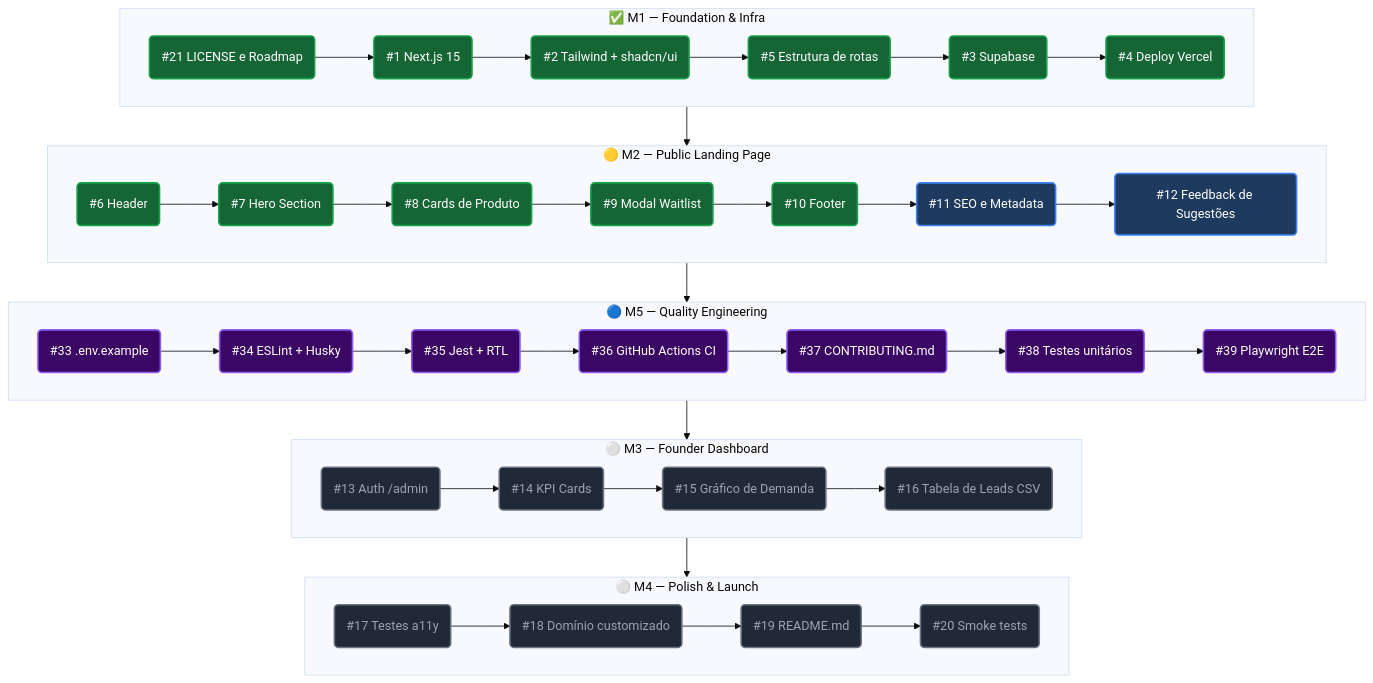
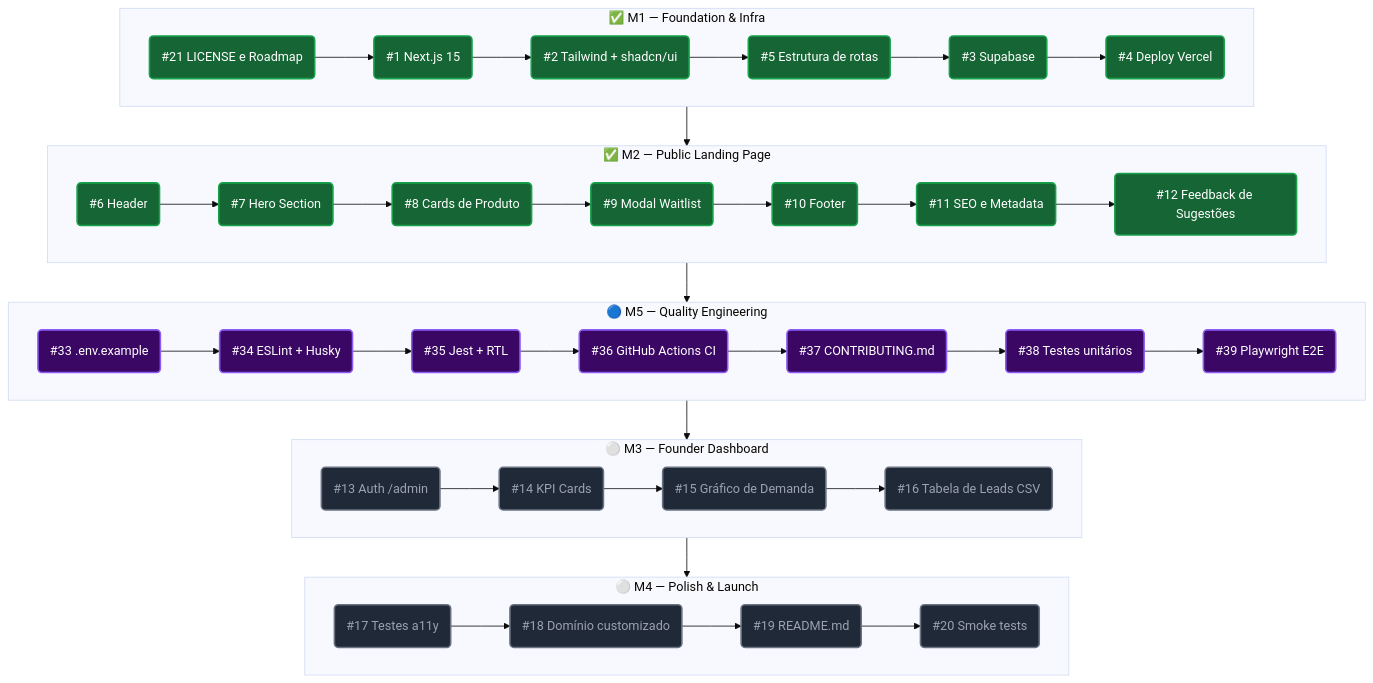
The diagram in ROADMAP.md (CabPiz/kairos-labs), drawn with Mermaid (base theme) before and after one commit. The commit also changed other lines of this file, not shown here.

First line of the commit message:
docs(roadmap): marca M2 como concluído após merge da #12

````diff
--- a/ROADMAP.md
+++ b/ROADMAP.md
@@ -28,35 +28,35 @@
 ```mermaid
 %%{init: {'flowchart': {'curve': 'linear'}}}%%
 flowchart TD
     classDef done fill:#166534,stroke:#16a34a,stroke-width:2px,color:#fff;
     classDef active fill:#1e3a5f,stroke:#3b82f6,stroke-width:2px,color:#fff;
     classDef quality fill:#3b0764,stroke:#8b5cf6,stroke-width:2px,color:#fff;
     classDef planned fill:#1f2937,stroke:#6b7280,stroke-width:2px,color:#9ca3af;
 
     subgraph M1["✅ M1 — Foundation & Infra"]
         direction LR
         i21("#21 LICENSE e Roadmap"):::done --> i1("#1 Next.js 15"):::done --> i2("#2 Tailwind + shadcn/ui"):::done --> i5("#5 Estrutura de rotas"):::done --> i3("#3 Supabase"):::done --> i4("#4 Deploy Vercel"):::done
     end
 
-    subgraph M2["🟡 M2 — Public Landing Page"]
+    subgraph M2["✅ M2 — Public Landing Page"]
         direction LR
-        i6("#6 Header"):::done --> i7("#7 Hero Section"):::done --> i8("#8 Cards de Produto"):::done --> i9("#9 Modal Waitlist"):::done --> i10("#10 Footer"):::done --> i11("#11 SEO e Metadata"):::active --> i12("#12 Feedback de Sugestões"):::active
+        i6("#6 Header"):::done --> i7("#7 Hero Section"):::done --> i8("#8 Cards de Produto"):::done --> i9("#9 Modal Waitlist"):::done --> i10("#10 Footer"):::done --> i11("#11 SEO e Metadata"):::done --> i12("#12 Feedback de Sugestões"):::done
     end
 
     subgraph M5["🔵 M5 — Quality Engineering"]
         direction LR
         i33("#33 .env.example"):::quality --> i34("#34 ESLint + Husky"):::quality --> i35("#35 Jest + RTL"):::quality --> i36("#36 GitHub Actions CI"):::quality --> i37("#37 CONTRIBUTING.md"):::quality --> i38("#38 Testes unitários"):::quality --> i39("#39 Playwright E2E"):::quality
     end
 
     subgraph M3["⚪ M3 — Founder Dashboard"]
         direction LR
         i13("#13 Auth /admin"):::planned --> i14("#14 KPI Cards"):::planned --> i15("#15 Gráfico de Demanda"):::planned --> i16("#16 Tabela de Leads CSV"):::planned
     end
 
     subgraph M4["⚪ M4 — Polish & Launch"]
         direction LR
         i17("#17 Testes a11y"):::planned --> i18("#18 Domínio customizado"):::planned --> i19("#19 README.md"):::planned --> i20("#20 Smoke tests"):::planned
     end
 
     M1 --> M2 --> M5 --> M3 --> M4
 ```
````
